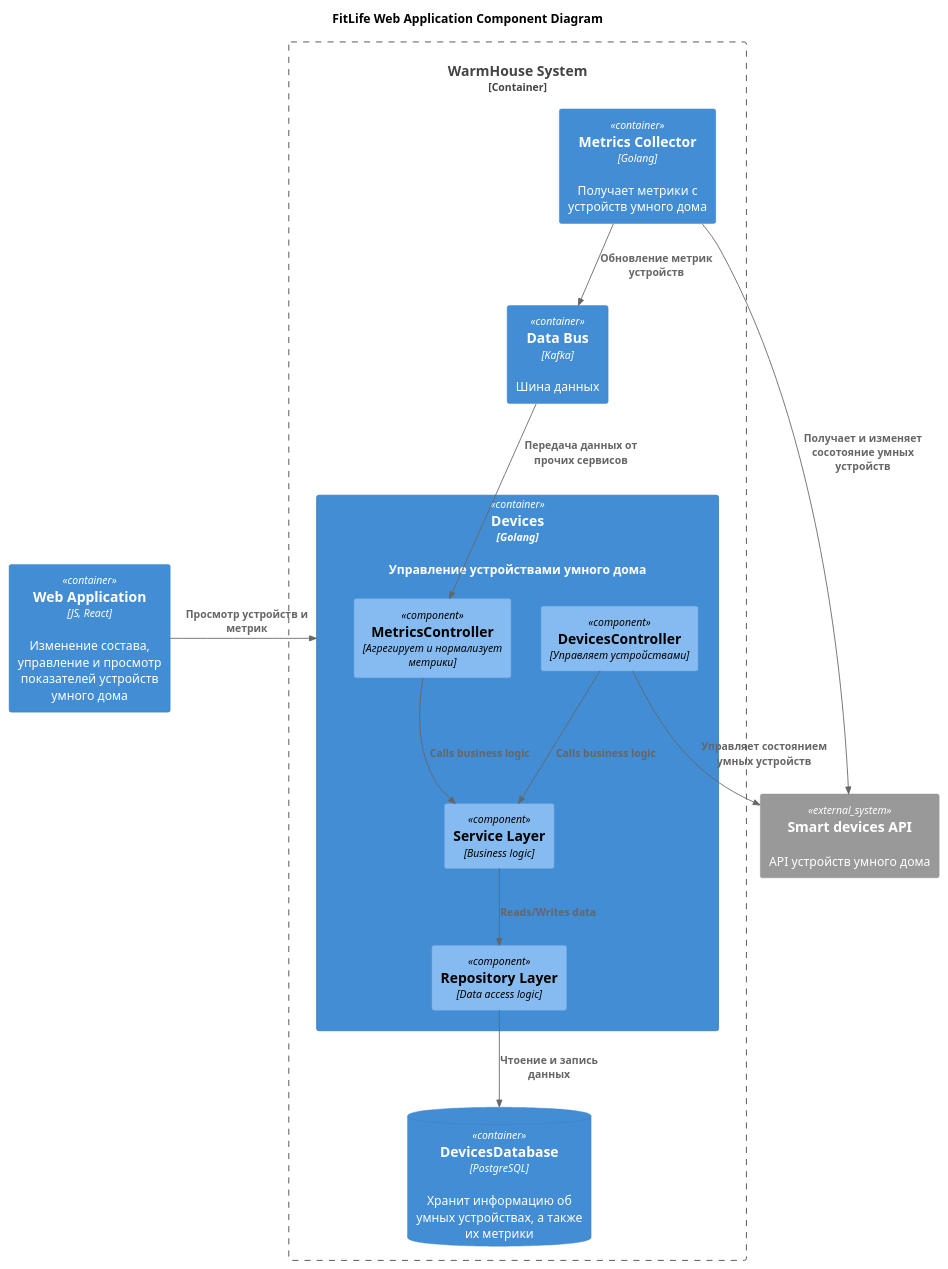
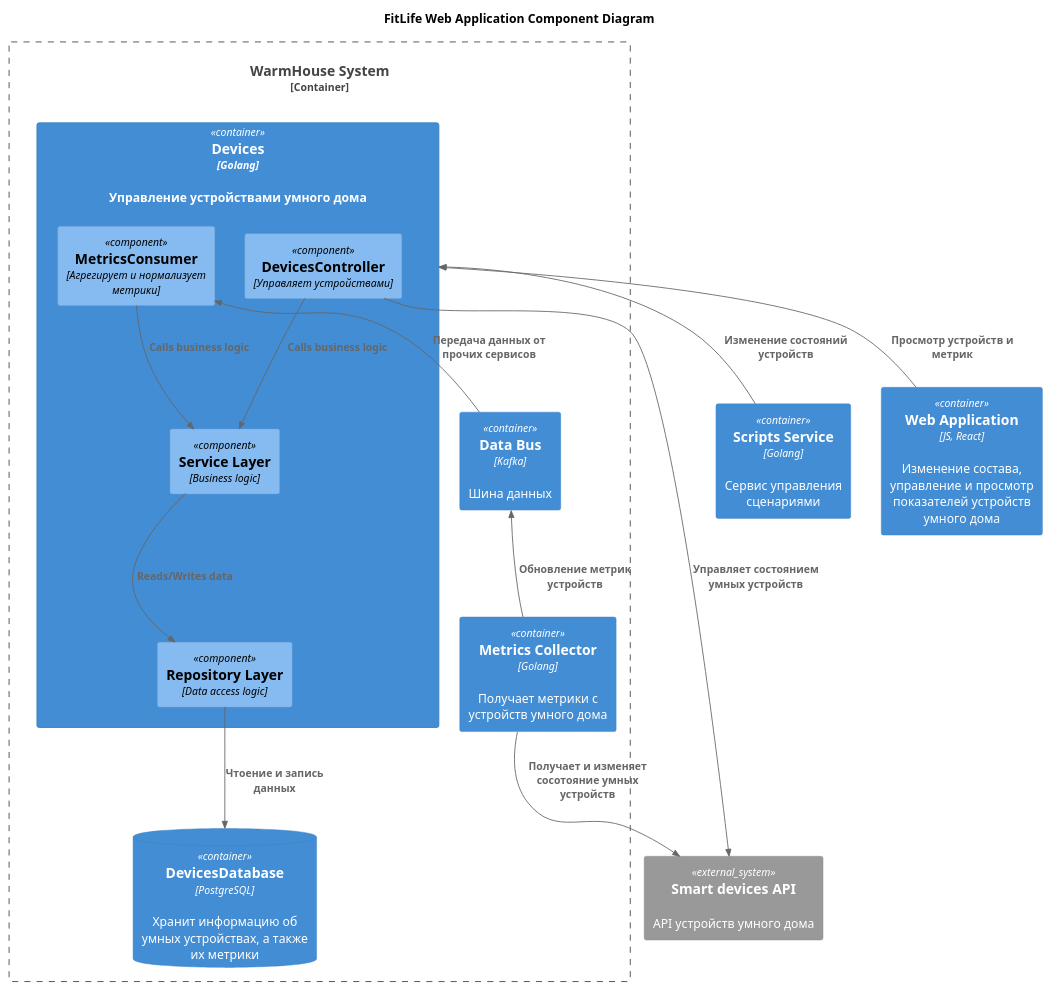
One commit to TheDonrad/yap-architecture-sprint-3 changed the diagram in docs/tobe_Component.puml. Above: the diagram before and after it, drawn with PlantUML. The commit also changed 6 other files, not shown here.

```diff
--- a/docs/tobe_Component.puml
+++ b/docs/tobe_Component.puml
@@ -1,35 +1,37 @@
 @startuml
 title FitLife Web Application Component Diagram
 
 top to bottom direction
 
-!includeurl https://raw.githubusercontent.com/RicardoNiepel/C4-PlantUML/master/C4_Component.puml
+!include https://raw.githubusercontent.com/plantuml-stdlib/C4-PlantUML/master/C4_Component.puml
 
 Container_Boundary(WarmHouseSystem, "WarmHouse System") {
   Container(Devices, "Devices", "Golang", "Управление устройствами умного дома")
   Container(DataBus, "Data Bus", "Kafka", "Шина данных")
   Container(MetricsCollector, "Metrics Collector", "Golang", "Получает метрики с устройств умного дома")
   ContainerDb(Database, "DevicesDatabase", "PostgreSQL", "Хранит информацию об умных устройствах, а также их метрики")
 }
 
 Container(Devices, "Web Application", "Java, Spring") {
-  Component(MetricsController, "MetricsController", "Агрегирует и нормализует метрики")
+  Component(MetricsConsumer, "MetricsConsumer", "Агрегирует и нормализует метрики")
   Component(DevicesController, "DevicesController", "Управляет устройствами")
   Component(ServiceLayer, "Service Layer", "Business logic")
   Component(RepositoryLayer, "Repository Layer", "Data access logic")
 }
 
 System_Ext(api, "Smart devices API", "API устройств умного дома")
+Container(Scripts, "Scripts Service", "Golang", "Сервис управления сценариями")
 Container(WebApp, "Web Application", "JS, React", "Изменение состава, управление и просмотр показателей устройств умного дома")
 
 Rel(DevicesController,ServiceLayer,"Calls business logic")
-Rel(MetricsController,ServiceLayer,"Calls business logic")
+Rel(MetricsConsumer,ServiceLayer,"Calls business logic")
 Rel(ServiceLayer,RepositoryLayer,"Reads/Writes data")
 
-Rel(RepositoryLayer,Database,"Чтоение и запись данных")
-Rel_R(WebApp, Devices, "Просмотр устройств и метрик")
-Rel(DataBus, MetricsController, "Передача данных от прочих сервисов")
-Rel(MetricsCollector, DataBus, "Обновление метрик устройств")
-Rel(MetricsCollector, api, "Получает и изменяет сосотояние умных устройств")
+Rel_D(RepositoryLayer,Database,"Чтоение и запись данных")
+Rel_U(WebApp, Devices, "Просмотр устройств и метрик")
+Rel_U(Scripts, Devices, "Изменение состояний устройств")
+Rel_U(DataBus, MetricsConsumer, "Передача данных от прочих сервисов")
+Rel_U(MetricsCollector, DataBus, "Обновление метрик устройств")
+Rel_D(MetricsCollector, api, "Получает и изменяет сосотояние умных устройств")
 Rel(DevicesController, api, "Управляет состоянием умных устройств")
 @enduml
```
